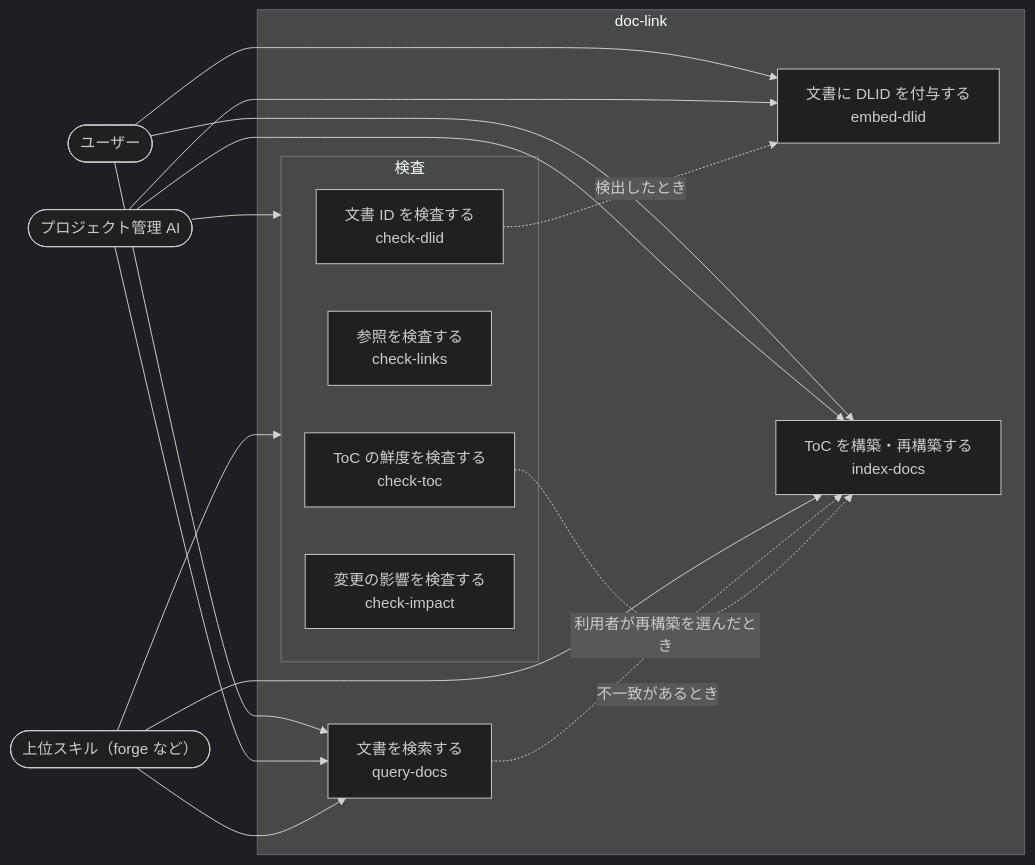
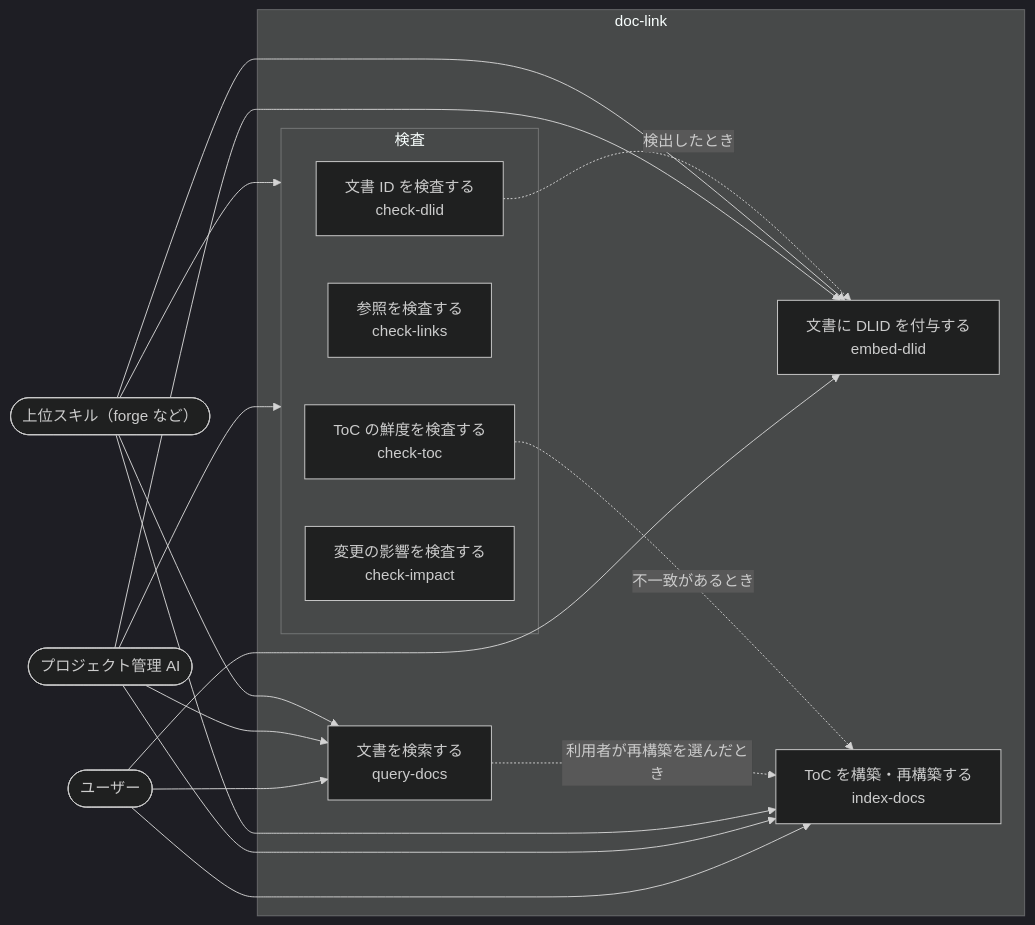
One commit to BlueEventHorizon/doc-link changed the first of 8 diagrams in docs/specs/design/DES-010-skill-composition.md. Above: the diagram before and after it, drawn with Mermaid (dark theme). The commit also changed other lines of this file and 8 other files, not shown here.

````diff
--- a/docs/specs/design/DES-010-skill-composition.md
+++ b/docs/specs/design/DES-010-skill-composition.md
@@ -78,32 +78,33 @@
 ```mermaid
 flowchart LR
     User(["ユーザー"])
     PM(["プロジェクト管理 AI"])
     Caller(["上位スキル（forge など）"])
 
     subgraph DL["doc-link"]
         UC1["文書に DLID を付与する<br>embed-dlid"]
         UC2["ToC を構築・再構築する<br>index-docs"]
         UC3["文書を検索する<br>query-docs"]
         subgraph CHK["検査"]
             UC5["文書 ID を検査する<br>check-dlid"]
             UC6["参照を検査する<br>check-links"]
             UC7["ToC の鮮度を検査する<br>check-toc"]
             UC8["変更の影響を検査する<br>check-impact"]
         end
     end
 
     User --> UC1
     User --> UC2
     User --> UC3
     PM --> UC1
     PM --> UC2
     PM --> UC3
     PM --> CHK
+    Caller --> UC1
     Caller --> UC2
     Caller --> UC3
     Caller --> CHK
     UC3 -. "利用者が再構築を選んだとき" .-> UC2
     UC5 -. "検出したとき" .-> UC1
     UC7 -. "不一致があるとき" .-> UC2
 ```
````
